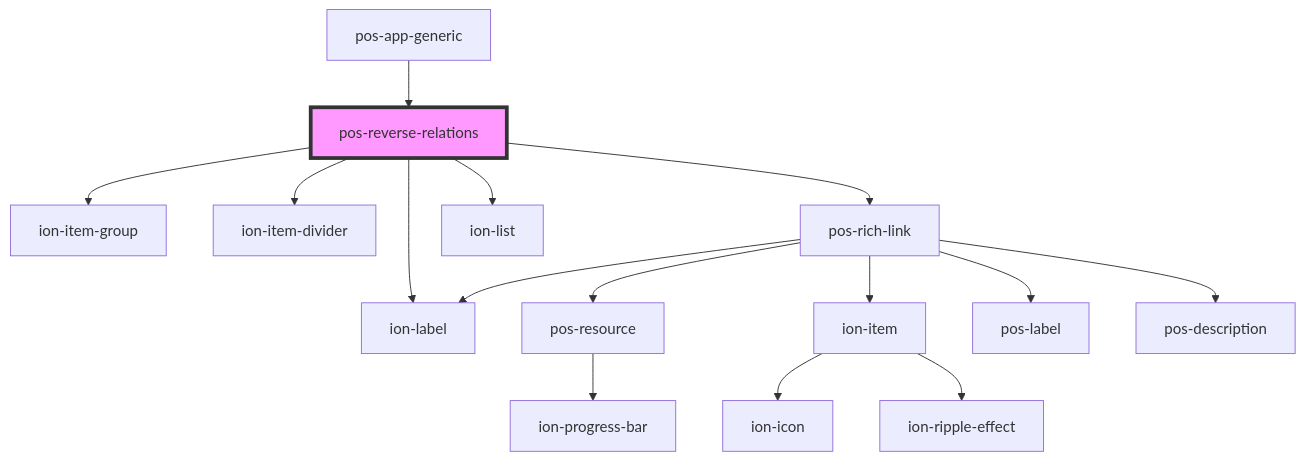
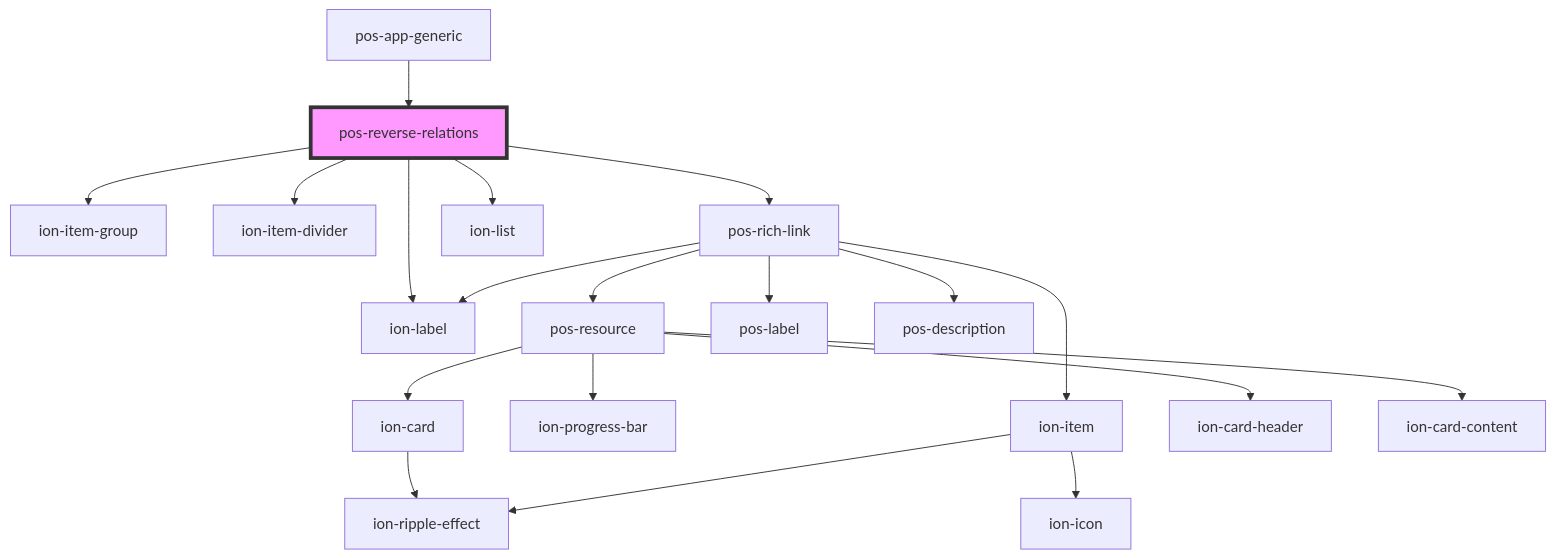
One commit to pod-os/PodOS changed the diagram in docs/elements/components/pos-reverse-relations/readme.md. Above: the diagram before and after it, drawn with Mermaid. The commit also changed 15 other files, not shown here.

Commit message:
#3 feat: improve error output for pos-resource

````diff
--- a/docs/elements/components/pos-reverse-relations/readme.md
+++ b/docs/elements/components/pos-reverse-relations/readme.md
@@ -30,18 +30,22 @@
 ```mermaid
 graph TD;
   pos-reverse-relations --> ion-item-group
   pos-reverse-relations --> ion-item-divider
   pos-reverse-relations --> ion-label
   pos-reverse-relations --> pos-rich-link
   pos-reverse-relations --> ion-list
   pos-rich-link --> pos-resource
   pos-rich-link --> ion-item
   pos-rich-link --> ion-label
   pos-rich-link --> pos-label
   pos-rich-link --> pos-description
   pos-resource --> ion-progress-bar
+  pos-resource --> ion-card
+  pos-resource --> ion-card-header
+  pos-resource --> ion-card-content
+  ion-card --> ion-ripple-effect
   ion-item --> ion-icon
   ion-item --> ion-ripple-effect
   pos-app-generic --> pos-reverse-relations
   style pos-reverse-relations fill:#f9f,stroke:#333,stroke-width:4px
 ```
````
